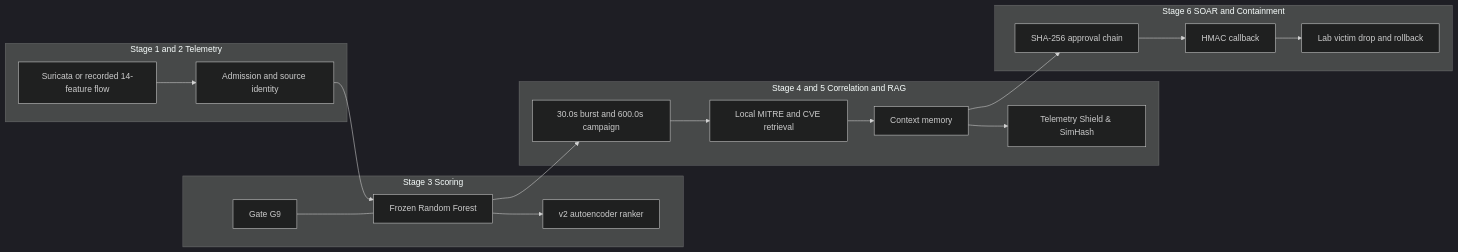
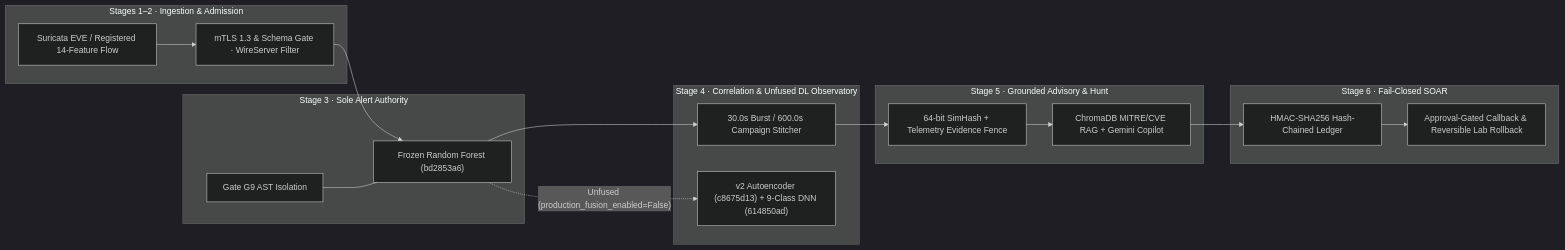
One commit to bilaldevsec/Threatfusion changed the diagram in README.md. Above: the diagram before and after it, drawn with Mermaid (dark theme). The commit also changed other lines of this file and 8 other files, not shown here.

````diff
--- a/README.md
+++ b/README.md
@@ -75,28 +33,27 @@
 ```mermaid
 flowchart LR
-  subgraph stage12 [Stage 1 and 2 Telemetry]
-    sensor[Suricata or recorded 14-feature flow]
-    mtls[Admission and source identity]
+  subgraph S12["Stages 1–2 · Ingestion & Admission"]
+    S1["Suricata EVE / Registered 14-Feature Flow"]
+    S2["mTLS 1.3 & Schema Gate · WireServer Filter"]
   end
-  subgraph stage3 [Stage 3 Scoring]
-    forest[Frozen Random Forest]
-    gate[Gate G9]
-    ae[v2 autoencoder ranker]
+  subgraph S3["Stage 3 · Sole Alert Authority"]
+    RF["Frozen Random Forest (bd2853a6)"]
+    G9["Gate G9 AST Isolation"]
   end
-  subgraph stage45 [Stage 4 and 5 Correlation and RAG]
-    stitch["30.0s burst and 600.0s campaign"]
-    rag[Local MITRE and CVE retrieval]
-    memory[Context memory]
-    shield[Telemetry Shield & SimHash]
+  subgraph S4["Stage 4 · Correlation & Unfused DL Observatory"]
+    CORR["30.0s Burst / 600.0s Campaign Stitcher"]
+    AE["v2 Autoencoder (c8675d13) + 9-Class DNN (614850ad)"]
   end
-  subgraph stage6 [Stage 6 SOAR and Containment]
-    chain[SHA-256 approval chain]
-    callback[HMAC callback]
-    lab[Lab victim drop and rollback]
+  subgraph S5["Stage 5 · Grounded Advisory & Hunt"]
+    SHIELD["64-bit SimHash + Telemetry Evidence Fence"]
+    RAG["ChromaDB MITRE/CVE RAG + Gemini Copilot"]
   end
-  sensor --> mtls --> forest
-  gate --- forest
-  forest --> ae
-  forest --> stitch --> rag --> memory --> shield
-  memory --> chain --> callback --> lab
+  subgraph S6["Stage 6 · Fail-Closed SOAR"]
+    CHAIN["HMAC-SHA256 Hash-Chained Ledger"]
+    EXEC["Approval-Gated Callback & Reversible Lab Rollback"]
+  end
+  S1 --> S2 --> RF
+  G9 --- RF
+  RF --> CORR --> SHIELD --> RAG --> CHAIN --> EXEC
+  RF -. "Unfused (production_fusion_enabled=False)" .-> AE
 ```
````
